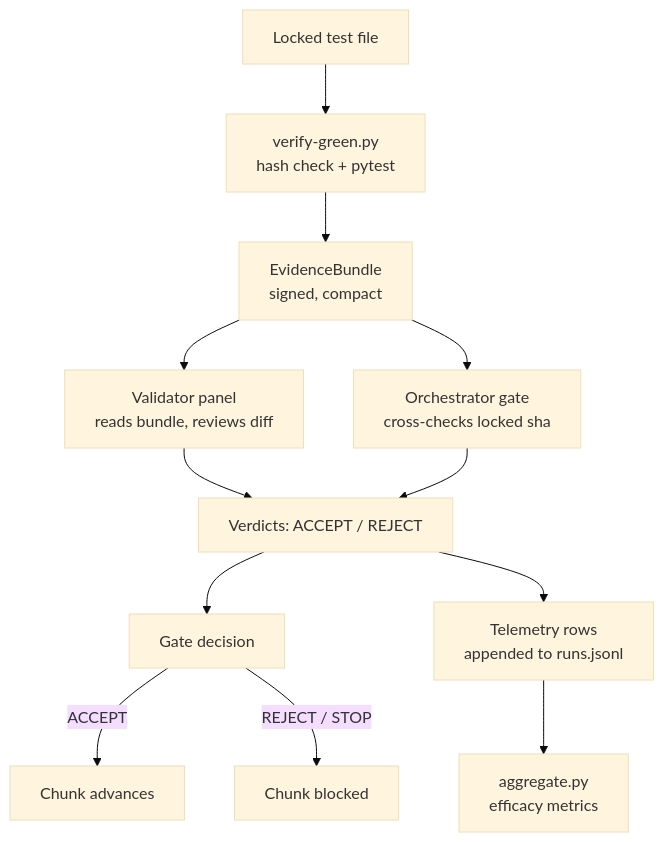
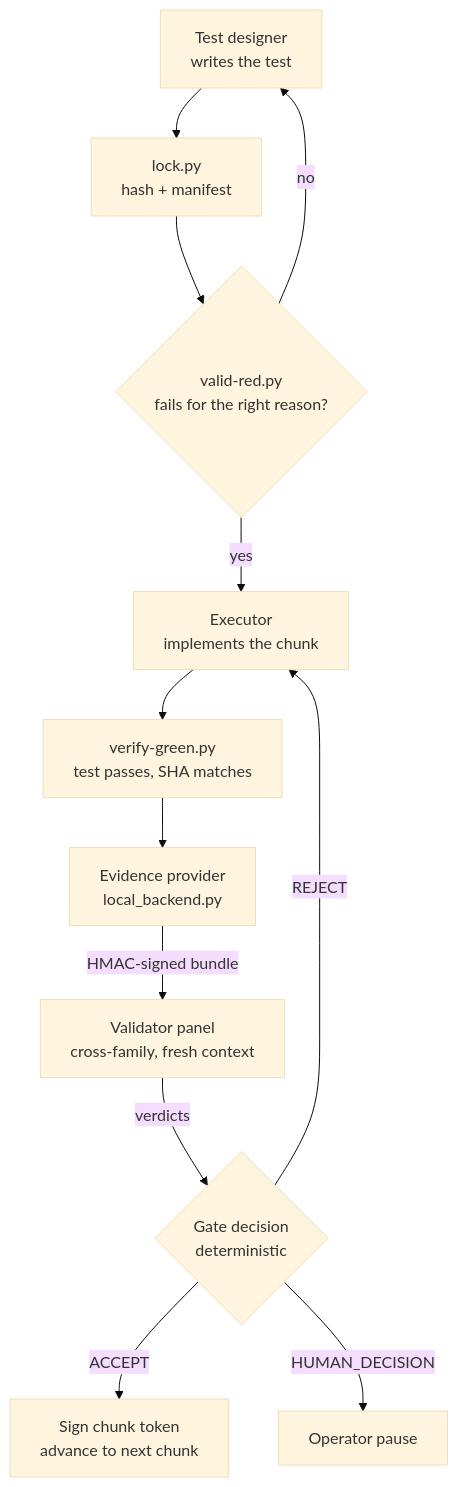
The diagram in droid-wiki/features/index.md (Roderick-Clemente/adversarial-sprint), drawn with Mermaid (base theme) before and after one commit. The commit also changed other lines of this file and 70 other files, not shown here.

````diff
--- a/droid-wiki/features/index.md
+++ b/droid-wiki/features/index.md
@@ -22,14 +22,14 @@
 ```mermaid
-flowchart TD
-    A[Locked test file] --> B[verify-green.py<br/>hash check + pytest]
-    B --> C[EvidenceBundle<br/>signed, compact]
-    C --> D[Validator panel<br/>reads bundle, reviews diff]
-    C --> E[Orchestrator gate<br/>cross-checks locked sha]
-    D --> F[Verdicts: ACCEPT / REJECT]
-    E --> F
-    F --> G[Gate decision]
-    G -->|ACCEPT| H[Chunk advances]
-    G -->|REJECT / STOP| I[Chunk blocked]
-    F --> J[Telemetry rows<br/>appended to runs.jsonl]
-    J --> K[aggregate.py<br/>efficacy metrics]
+graph TD
+    TD["Test designer<br/>writes the test"] --> LOCK["lock.py<br/>hash + manifest"]
+    LOCK --> RED{"valid-red.py<br/>fails for the right reason?"}
+    RED -->|no| TD
+    RED -->|yes| EX["Executor<br/>implements the chunk"]
+    EX --> GREEN["verify-green.py<br/>test passes, SHA matches"]
+    GREEN --> EP["Evidence provider<br/>local_backend.py"]
+    EP -->|HMAC-signed bundle| VP["Validator panel<br/>cross-family, fresh context"]
+    VP -->|verdicts| GATE{"Gate decision<br/>deterministic"}
+    GATE -->|ACCEPT| TOKEN["Sign chunk token<br/>advance to next chunk"]
+    GATE -->|REJECT| EX
+    GATE -->|HUMAN_DECISION| OP["Operator pause"]
 ```
````
